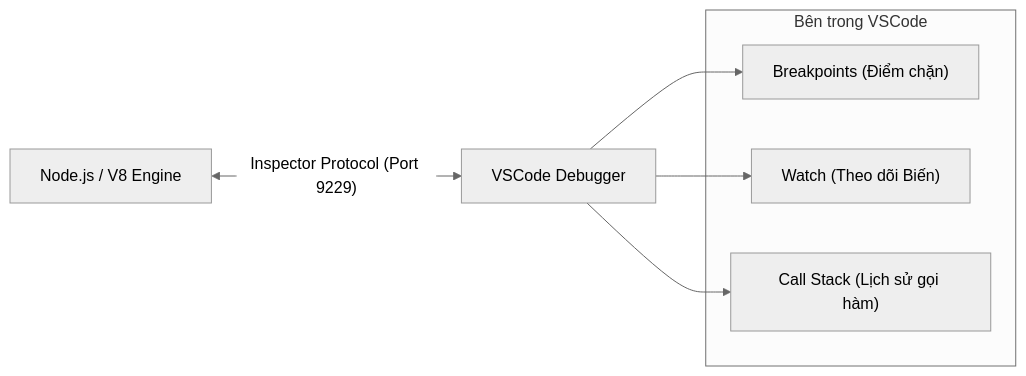
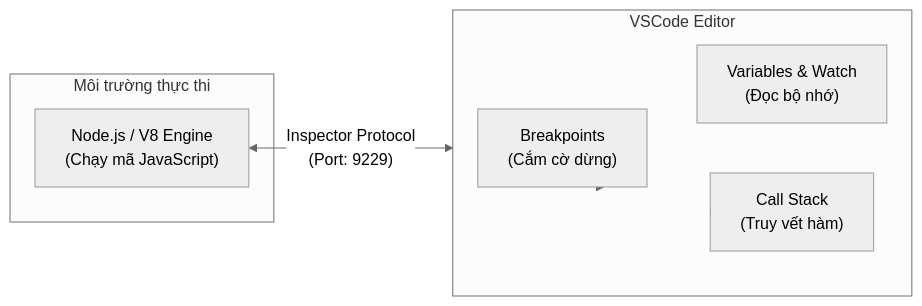
The diagram in docs/nestjs/03-tooling/01-debug-vscode.mdx (vuanhtu1993/vuanhtu1993.github.io), drawn with Mermaid (neutral theme) before and after one commit. The commit also changed other lines of this file and 2 other files, not shown here.

````diff
--- a/docs/nestjs/03-tooling/01-debug-vscode.mdx
+++ b/docs/nestjs/03-tooling/01-debug-vscode.mdx
@@ -25,14 +75,18 @@
 ```mermaid
 flowchart LR
-    A["Node.js / V8 Engine"] <-->|"Inspector Protocol (Port 9229)"| B["VSCode Debugger"]
-    
-    subgraph InsideVSCode ["Bên trong VSCode"]
-        B1["Breakpoints (Điểm chặn)"]
-        B2["Watch (Theo dõi Biến)"]
-        B3["Call Stack (Lịch sử gọi hàm)"]
+    subgraph Execution_Environment [Môi trường thực thi]
+        V8["Node.js / V8 Engine<br>(Chạy mã JavaScript)"]
     end
     
-    B --> B1
-    B --> B2
-    B --> B3
+    subgraph Debug_Client [VSCode Editor]
+        B1["Breakpoints<br>(Cắm cờ dừng)"]
+        B2["Variables & Watch<br>(Đọc bộ nhớ)"]
+        B3["Call Stack<br>(Truy vết hàm)"]
+    end
+    
+    V8 <-->|"Inspector Protocol<br>(Port: 9229)"| Debug_Client
+    
+    Debug_Client -.-> B1
+    Debug_Client -.-> B2
+    Debug_Client -.-> B3
 ```
````
